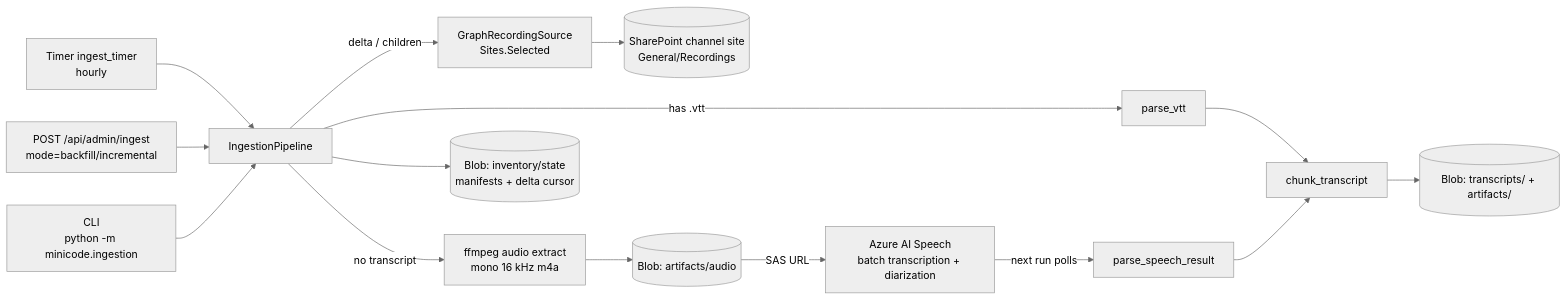
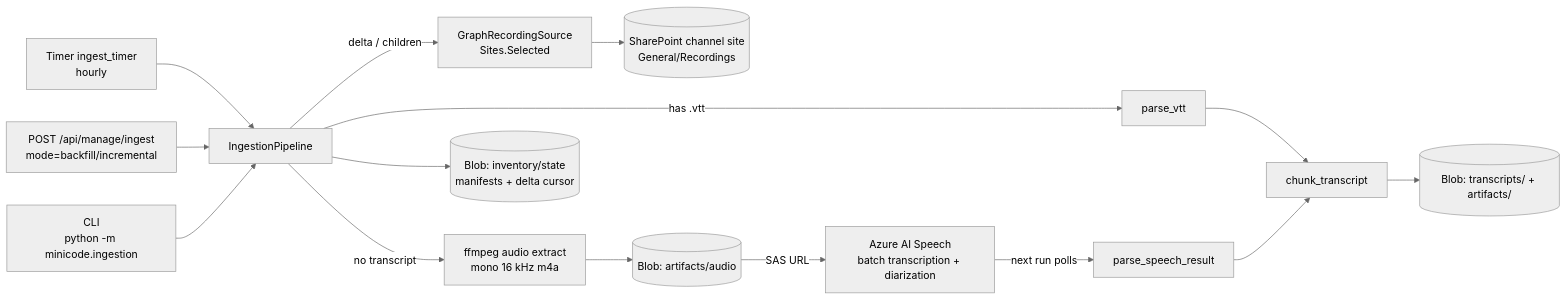
The first of 2 diagrams in docs/week2-ingestion.md (mruuhamo/Minicode-portal), drawn with Mermaid (neutral theme) before and after one commit. The commit also changed other lines of this file and 8 other files, not shown here.

````diff
--- a/docs/week2-ingestion.md
+++ b/docs/week2-ingestion.md
@@ -7,17 +7,17 @@
 ```mermaid
 flowchart LR
     T[Timer ingest_timer<br/>hourly] --> P
-    H[POST /api/admin/ingest<br/>mode=backfill/incremental] --> P
+    H[POST /api/manage/ingest<br/>mode=backfill/incremental] --> P
     C[CLI<br/>python -m minicode.ingestion] --> P
     P[IngestionPipeline] -->|delta / children| G[GraphRecordingSource<br/>Sites.Selected]
     G --> SP[(SharePoint channel site<br/>General/Recordings)]
     P -->|has .vtt| V[parse_vtt]
     P -->|no transcript| A[ffmpeg audio extract<br/>mono 16 kHz m4a]
     A --> B[(Blob: artifacts/audio)]
     B -->|SAS URL| S[Azure AI Speech<br/>batch transcription + diarization]
     S -->|next run polls| R[parse_speech_result]
     V --> K[chunk_transcript]
     R --> K
     K --> O[(Blob: transcripts/ + artifacts/)]
     P --> M[(Blob: inventory/state<br/>manifests + delta cursor)]
 ```
````
